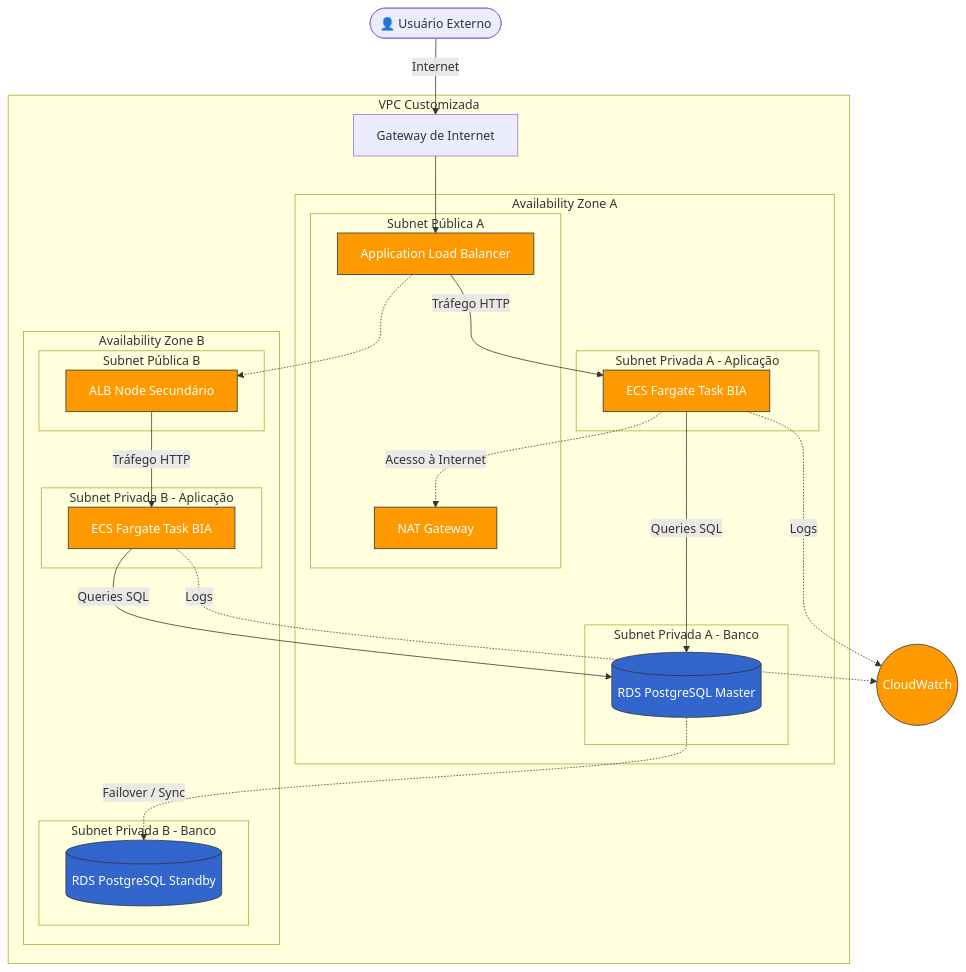
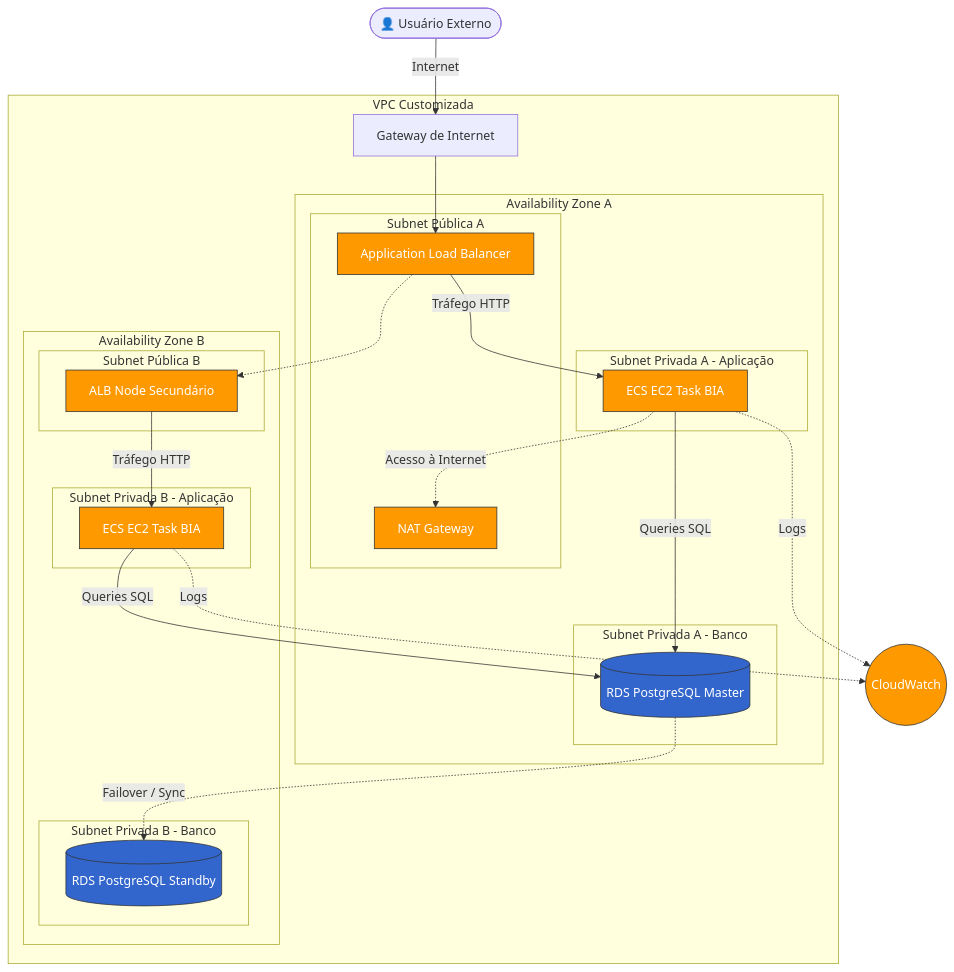
One commit to allan-felipe23/aws-alta-disponibilidade changed the diagram in README.md. Above: the diagram before and after it, drawn with Mermaid. The commit also changed other lines of this file, not shown here.

Commit message:
Change ECS Fargate to EC2 for BIA tasks

````diff
--- a/README.md
+++ b/README.md
@@ -34,58 +34,58 @@
 ```mermaid
 graph TD
     classDef publicSubnet fill:#e6f2ff,stroke:#0066cc,stroke-width:2px;
     classDef privateSubnet fill:#f9e6ff,stroke:#9900cc,stroke-width:2px;
     classDef vpc fill:#ffffff,stroke:#ff9900,stroke-width:2px;
     classDef awsService fill:#ff9900,stroke:#333,stroke-width:1px,color:white;
     classDef database fill:#3366cc,stroke:#333,stroke-width:1px,color:white;
 
     User([👤 Usuário Externo]) -->|Internet| IGW[Gateway de Internet]
     
     subgraph VPC [VPC Customizada]
         IGW --> ALB
         
         subgraph AZ1 [Availability Zone A]
             subgraph Pub1 [Subnet Pública A]
                 ALB[Application Load Balancer]:::awsService
                 NAT1[NAT Gateway]:::awsService
             end
             
             subgraph Priv1 [Subnet Privada A - Aplicação]
-                ECS1[ECS Fargate Task BIA]:::awsService
+                ECS1[ECS EC2 Task BIA]:::awsService
             end
             
             subgraph PrivDB1 [Subnet Privada A - Banco]
                 RDS_M[(RDS PostgreSQL Master)]:::database
             end
         end
         
         subgraph AZ2 [Availability Zone B]
             subgraph Pub2 [Subnet Pública B]
                 ALB_Node[ALB Node Secundário]:::awsService
             end
             
             subgraph Priv2 [Subnet Privada B - Aplicação]
-                ECS2[ECS Fargate Task BIA]:::awsService
+                ECS2[ECS EC2 Task BIA]:::awsService
             end
             
             subgraph PrivDB2 [Subnet Privada B - Banco]
                 RDS_S[(RDS PostgreSQL Standby)]:::database
             end
         end
         
         ALB -.-> ALB_Node
         ALB -->|Tráfego HTTP| ECS1
         ALB_Node -->|Tráfego HTTP| ECS2
         
         ECS1 -->|Queries SQL| RDS_M
         ECS2 -->|Queries SQL| RDS_M
         
         RDS_M -.->|Failover / Sync| RDS_S
         
         ECS1 -.->|Acesso à Internet| NAT1
     end
     
     CW((CloudWatch)):::awsService
     ECS1 -.->|Logs| CW
     ECS2 -.->|Logs| CW
 ```
````
